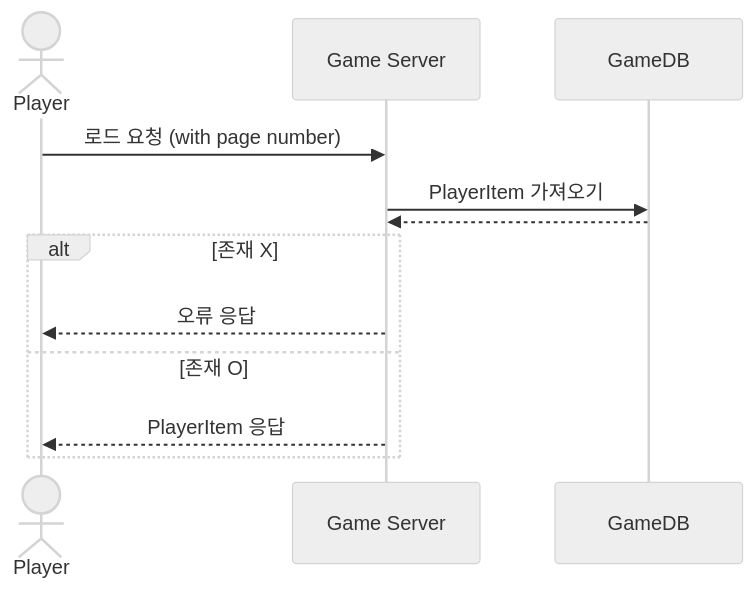
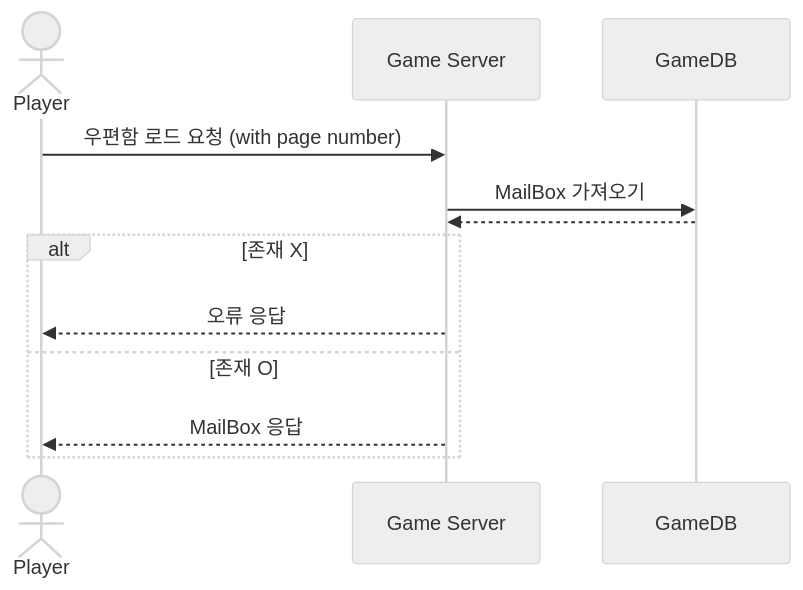
Before and after one commit to yujinS0/Omok-Game: the first of 3 diagrams in SequenceDiagram/MailBox.md, drawn with Mermaid (neutral theme). The commit also changed other lines of this file, not shown here.

````diff
--- a/SequenceDiagram/MailBox.md
+++ b/SequenceDiagram/MailBox.md
@@ -7,15 +7,15 @@
 ```mermaid
 sequenceDiagram
 	actor Player
 	participant Game Server
   participant GameDB
 
-	Player ->> Game Server :  로드 요청 (with page number)
-	Game Server ->> GameDB : PlayerItem 가져오기
+	Player ->> Game Server : 우편함 로드 요청 (with page number)
+	Game Server ->> GameDB : MailBox 가져오기
 	GameDB -->> Game Server : 
 	alt 존재 X
 		Game Server -->> Player : 오류 응답
 	else 존재 O
-		Game Server -->> Player : PlayerItem 응답
+		Game Server -->> Player : MailBox 응답
 	end
 ```
````
